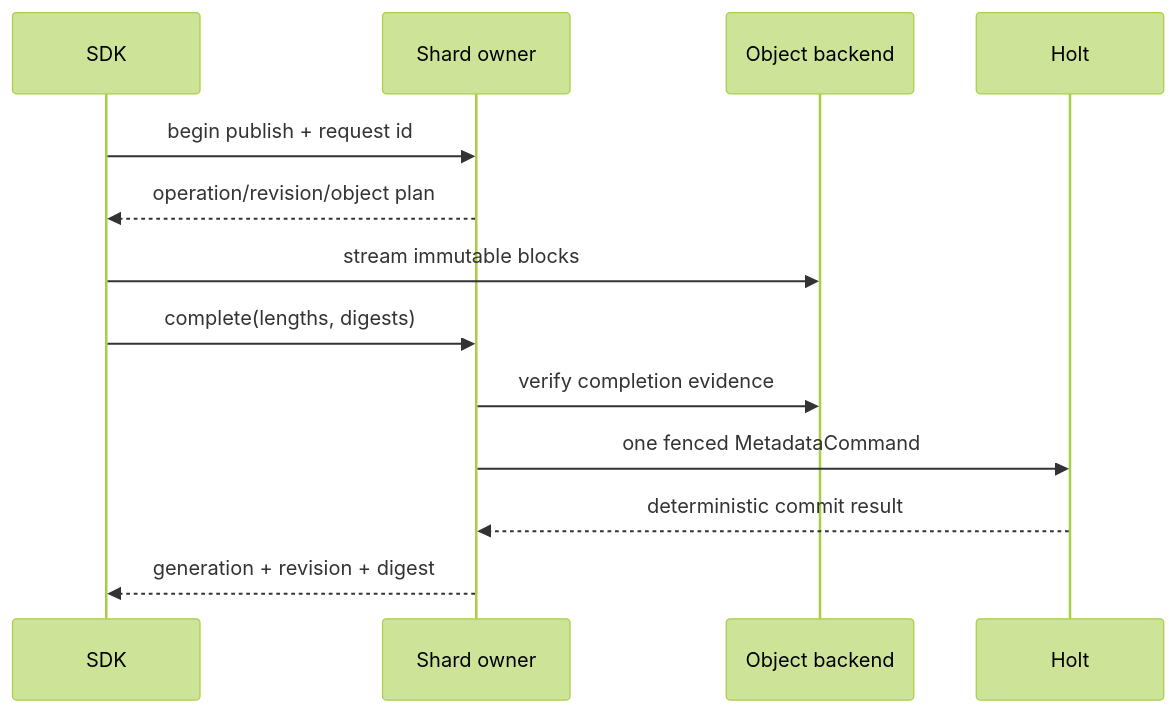
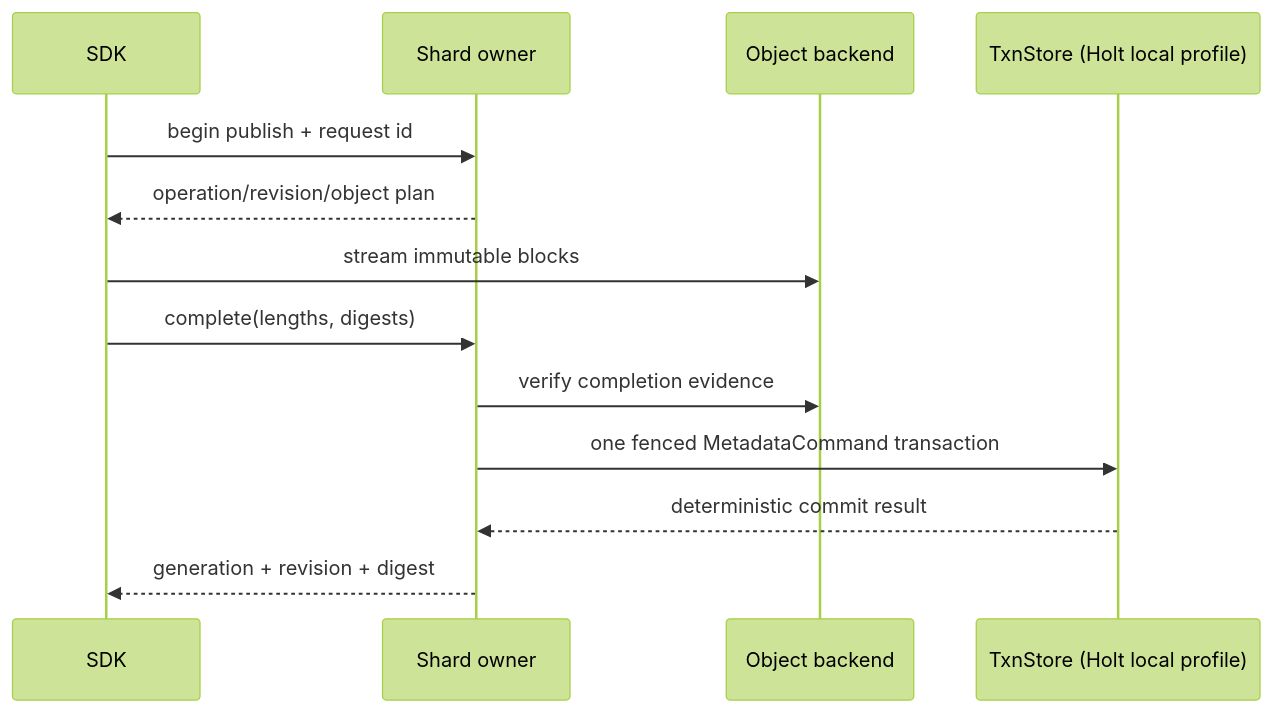
Before and after one commit to NoKV-Lab/NoKV: the fourth of 5 diagrams in docs/architecture.md, drawn with Mermaid (forest theme). The commit also changed other lines of this file and 55 other files, not shown here.

First line of the commit message:
refactor(meta): route workspace metadata through TxnStore

````diff
--- a/docs/architecture.md
+++ b/docs/architecture.md
@@ -153,16 +165,16 @@
 ```mermaid
 sequenceDiagram
     participant C as SDK
     participant M as Shard owner
     participant O as Object backend
-    participant H as Holt
+    participant S as TxnStore (Holt local profile)
 
     C->>M: begin publish + request id
     M-->>C: operation/revision/object plan
     C->>O: stream immutable blocks
     C->>M: complete(lengths, digests)
     M->>O: verify completion evidence
-    M->>H: one fenced MetadataCommand
-    H-->>M: deterministic commit result
+    M->>S: one fenced MetadataCommand transaction
+    S-->>M: deterministic commit result
     M-->>C: generation + revision + digest
 ```
````
